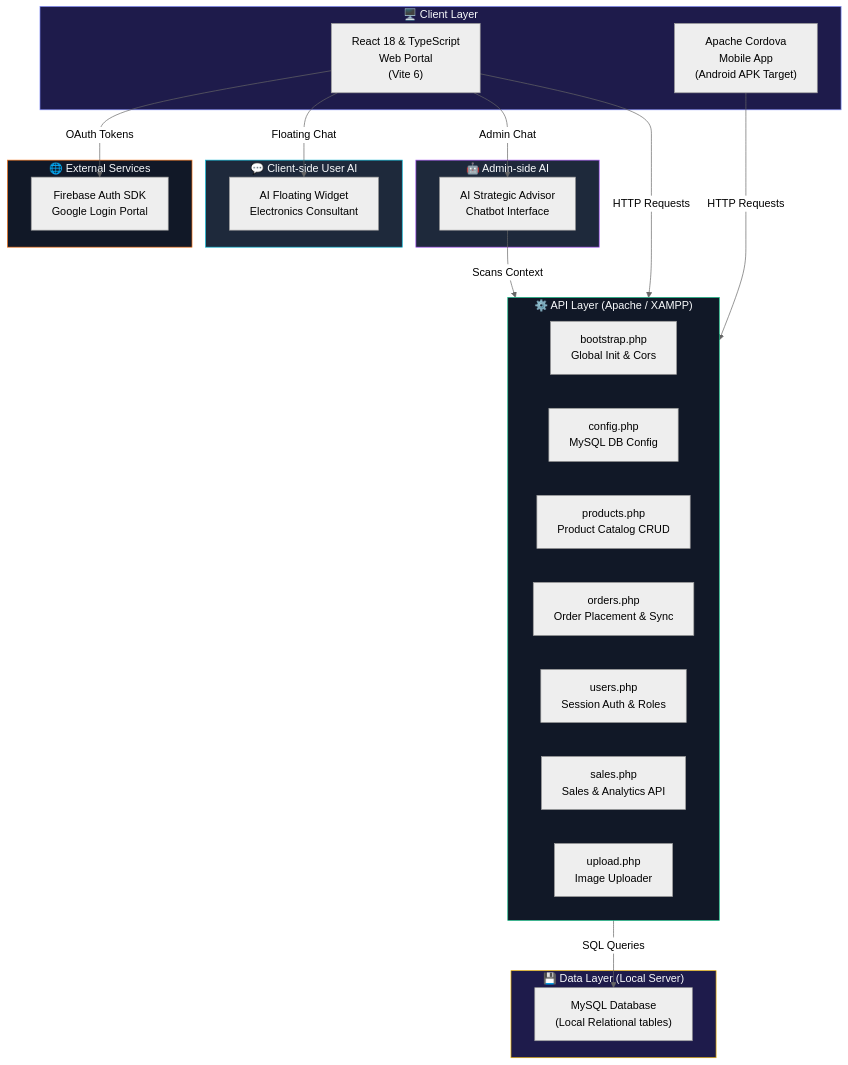
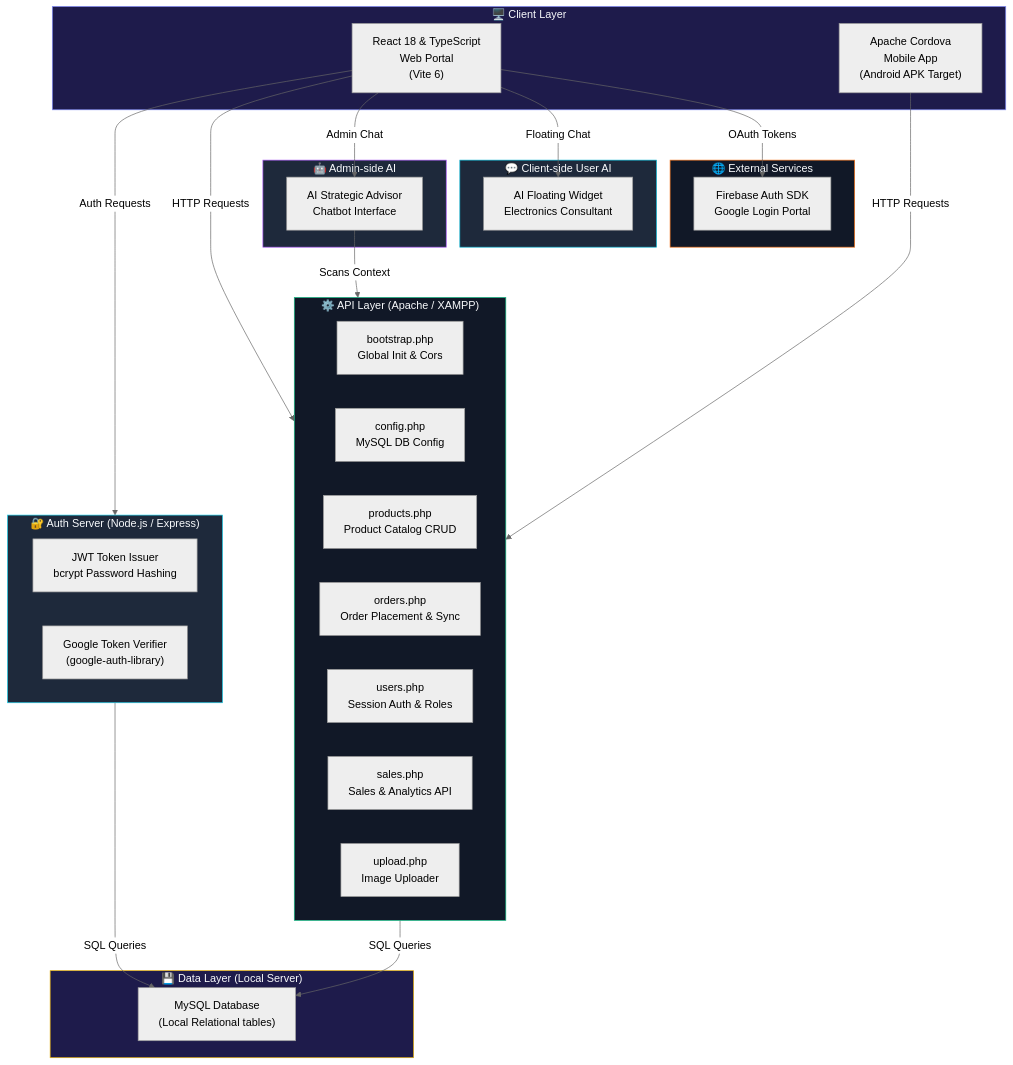
The first of 2 diagrams in README.md (TechyElle/e-commerce_website), drawn with Mermaid (neutral theme) before and after one commit. The commit also changed other lines of this file, not shown here.

````diff
--- a/README.md
+++ b/README.md
@@ -196,48 +280,56 @@
 ```mermaid
 graph TB
     subgraph Client ["🖥️ Client Layer"]
         WEB["React 18 & TypeScript<br/>Web Portal<br/>(Vite 6)"]
         MOBILE["Apache Cordova<br/>Mobile App<br/>(Android APK Target)"]
+    end
+
+    subgraph AuthSrv ["🔐 Auth Server (Node.js / Express)"]
+        JWT["JWT Token Issuer<br/>bcrypt Password Hashing"]
+        GOOGLE["Google Token Verifier<br/>(google-auth-library)"]
     end
 
     subgraph API ["⚙️ API Layer (Apache / XAMPP)"]
         BOOTSTRAP["bootstrap.php<br/>Global Init & Cors"]
         CONFIG["config.php<br/>MySQL DB Config"]
         PRODUCTS["products.php<br/>Product Catalog CRUD"]
         ORDERS["orders.php<br/>Order Placement & Sync"]
         USERS["users.php<br/>Session Auth & Roles"]
         SALES["sales.php<br/>Sales & Analytics API"]
         UPLOAD["upload.php<br/>Image Uploader"]
     end
 
     subgraph Data ["💾 Data Layer (Local Server)"]
         MYSQL["MySQL Database<br/>(Local Relational tables)"]
     end
 
     subgraph Services ["🌐 External Services"]
         FIREBASE["Firebase Auth SDK<br/>Google Login Portal"]
     end
 
     subgraph UserAI ["💬 Client-side User AI"]
         CONSULTANT["AI Floating Widget<br/>Electronics Consultant"]
     end
 
     subgraph AdminAI ["🤖 Admin-side AI"]
         ADVISOR["AI Strategic Advisor<br/>Chatbot Interface"]
     end
 
     WEB -->|"HTTP Requests"| API
+    WEB -->|"Auth Requests"| AuthSrv
     MOBILE -->|"HTTP Requests"| API
     WEB -->|"OAuth Tokens"| FIREBASE
+    AuthSrv -->|"SQL Queries"| MYSQL
     API -->|"SQL Queries"| MYSQL
     WEB -->|"Floating Chat"| CONSULTANT
     WEB -->|"Admin Chat"| ADVISOR
     ADVISOR -->|"Scans Context"| API
 
     style Client fill:#1e1b4b,stroke:#818cf8,color:#f8fafc
+    style AuthSrv fill:#1e293b,stroke:#22d3ee,color:#f8fafc
     style API fill:#111827,stroke:#10b981,color:#f8fafc
     style Data fill:#1e1b4b,stroke:#eab308,color:#f8fafc
     style Services fill:#111827,stroke:#f97316,color:#f8fafc
     style UserAI fill:#1e293b,stroke:#06b6d4,color:#f8fafc
     style AdminAI fill:#1e293b,stroke:#a855f7,color:#f8fafc
 ```
````
